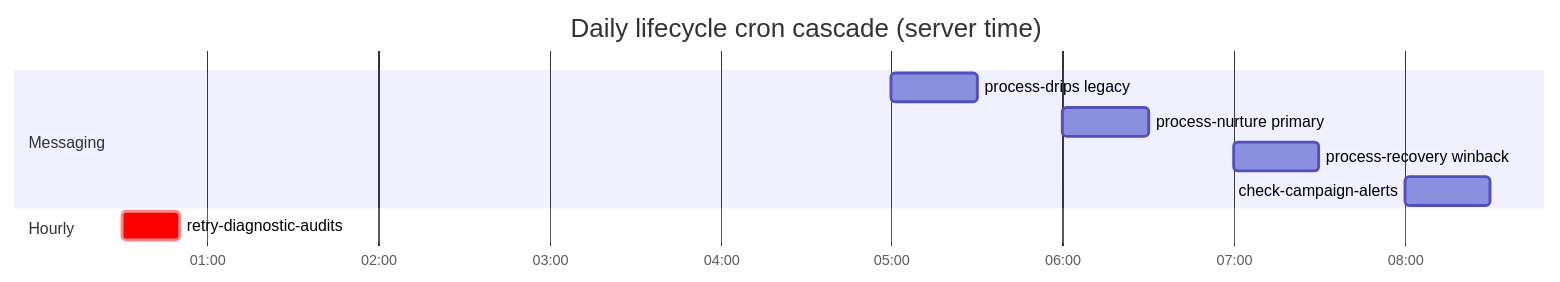
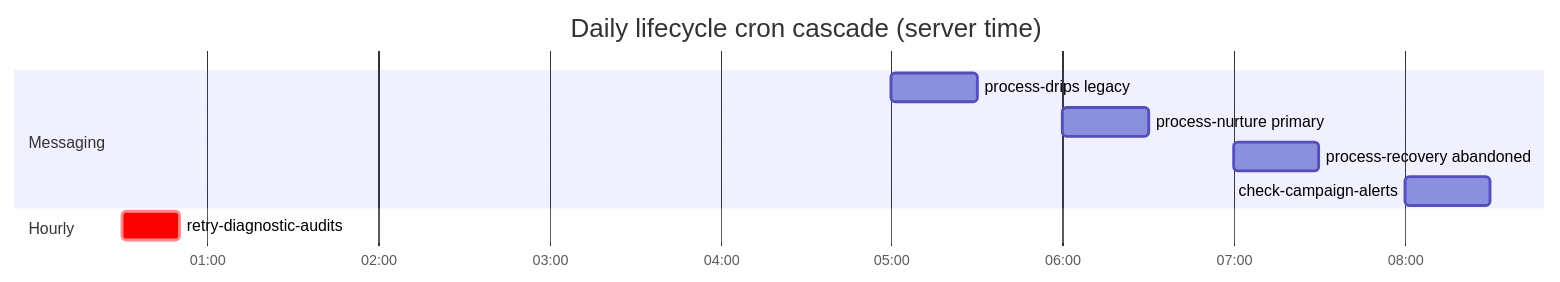
The fifth of 6 diagrams in docs/systems/04-nurture-lifecycle.md (conceptsdeveloped/stowstack-next), drawn with Mermaid before and after one commit. The commit also changed 8 other files, not shown here.

````diff
--- a/docs/systems/04-nurture-lifecycle.md
+++ b/docs/systems/04-nurture-lifecycle.md
@@ -144,13 +144,13 @@
 ```mermaid
 gantt
     title Daily lifecycle cron cascade (server time)
     dateFormat HH:mm
     axisFormat %H:%M
     section Messaging
     process-drips legacy        :05:00, 30m
     process-nurture primary     :06:00, 30m
-    process-recovery winback    :07:00, 30m
+    process-recovery abandoned :07:00, 30m
     check-campaign-alerts       :08:00, 30m
     section Hourly
     retry-diagnostic-audits     :crit, 00:30, 20m
 ```
````
